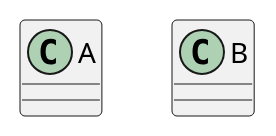
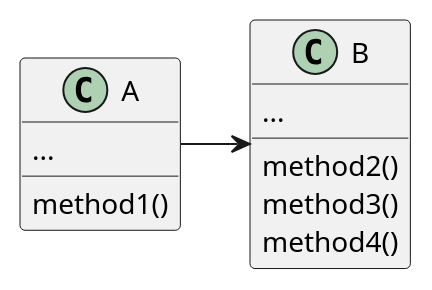
The first of 3 diagrams in notitia.org (savolla/notitia), drawn with PlantUML before and after one commit. The commit also changed other lines of this file, not shown here.

```diff
--- a/notitia.org
+++ b/notitia.org
@@ -65,9 +65,15 @@
-#+begin_src plantuml :results output
-@startuml
-class A {
-
-}
-class B {
-}
-@enduml
-#+end_src
+  #+begin_src plantuml :results output
+  @startuml
+  class A {
+      ...
+      method1()
+  }
+  class B {
+      ...
+      method2()
+      method3()
+      method4()
+  }
+  A -> B
+  @enduml
+  #+end_src
```
